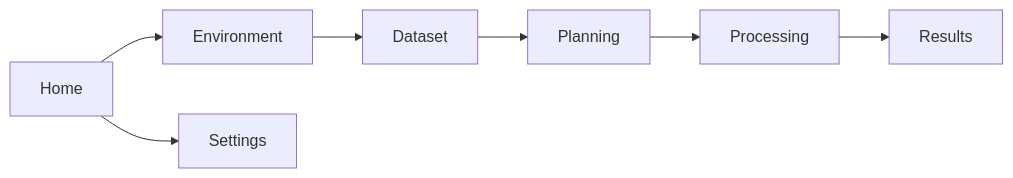
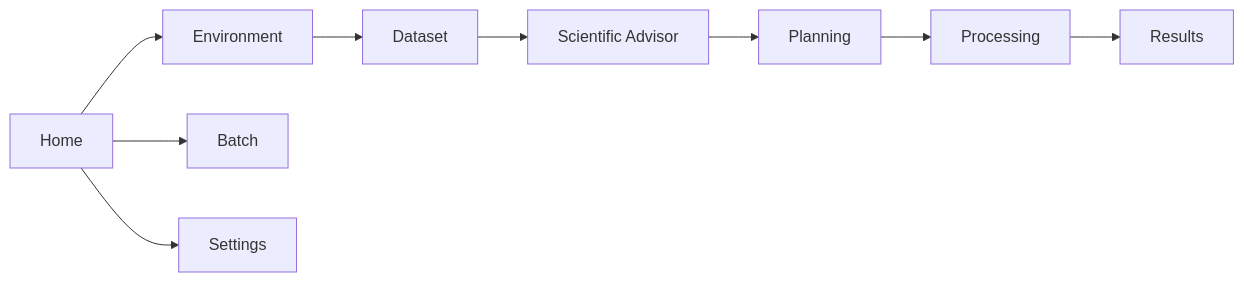
The diagram in docs/ui/SCREEN_FLOW.md (sticholas/pyforestscan-qgis), drawn with Mermaid before and after one commit. The commit also changed other lines of this file and 11 other files, not shown here.

````diff
--- a/docs/ui/SCREEN_FLOW.md
+++ b/docs/ui/SCREEN_FLOW.md
@@ -3,9 +3,11 @@
 ```mermaid
 flowchart LR
     A["Home"] --> B["Environment"]
     B --> C["Dataset"]
-    C --> D["Planning"]
-    D --> E["Processing"]
-    E --> F["Results"]
-    A --> G["Settings"]
+    C --> D["Scientific Advisor"]
+    D --> E["Planning"]
+    E --> F["Processing"]
+    F --> G["Results"]
+    A --> H["Batch"]
+    A --> I["Settings"]
 ```
````
